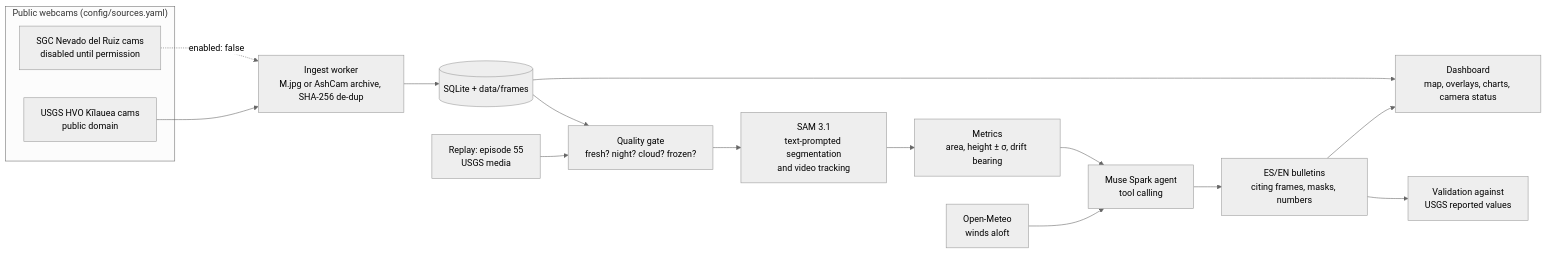
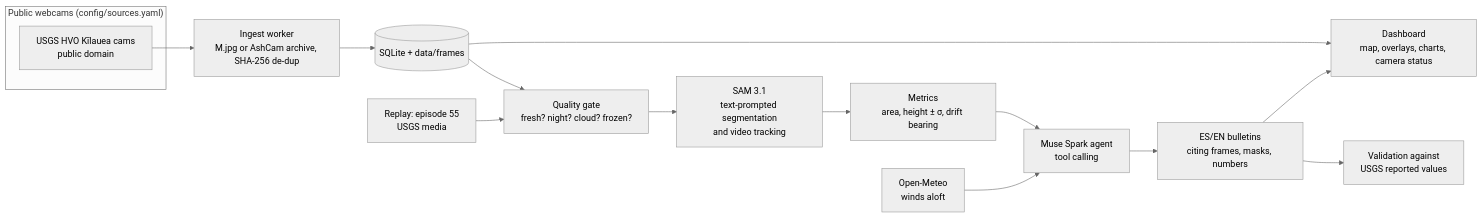
The diagram in README.md (facurie/Volcano_Vigil), drawn with Mermaid (neutral theme) before and after one commit. The commit also changed other lines of this file and 100 other files, not shown here.

Commit message:
Rename the project to Volcano Vigil and drop Nevado del Ruiz to focus on Kīlauea

````diff
--- a/README.md
+++ b/README.md
@@ -21,20 +21,18 @@
 ```mermaid
 flowchart LR
     subgraph sources["Public webcams (config/sources.yaml)"]
         usgs["USGS HVO Kīlauea cams<br/>public domain"]
-        sgc["SGC Nevado del Ruiz cams<br/>disabled until permission"]
     end
     usgs --> ingest["Ingest worker<br/>M.jpg or AshCam archive, SHA-256 de-dup"]
-    sgc -. "enabled: false" .-> ingest
     ingest --> store[("SQLite + data/frames")]
     replay["Replay: episode 55<br/>USGS media"] --> quality
     store --> quality["Quality gate<br/>fresh? night? cloud? frozen?"]
     quality --> sam["SAM 3.1<br/>text-prompted segmentation<br/>and video tracking"]
     sam --> metrics["Metrics<br/>area, height ± σ, drift bearing"]
     wind["Open-Meteo<br/>winds aloft"] --> agent
     metrics --> agent["Muse Spark agent<br/>tool calling"]
     agent --> bulletins["ES/EN bulletins<br/>citing frames, masks, numbers"]
     bulletins --> dashboard["Dashboard<br/>map, overlays, charts, camera status"]
     store --> dashboard
     bulletins --> validation["Validation against<br/>USGS reported values"]
 ```
````
